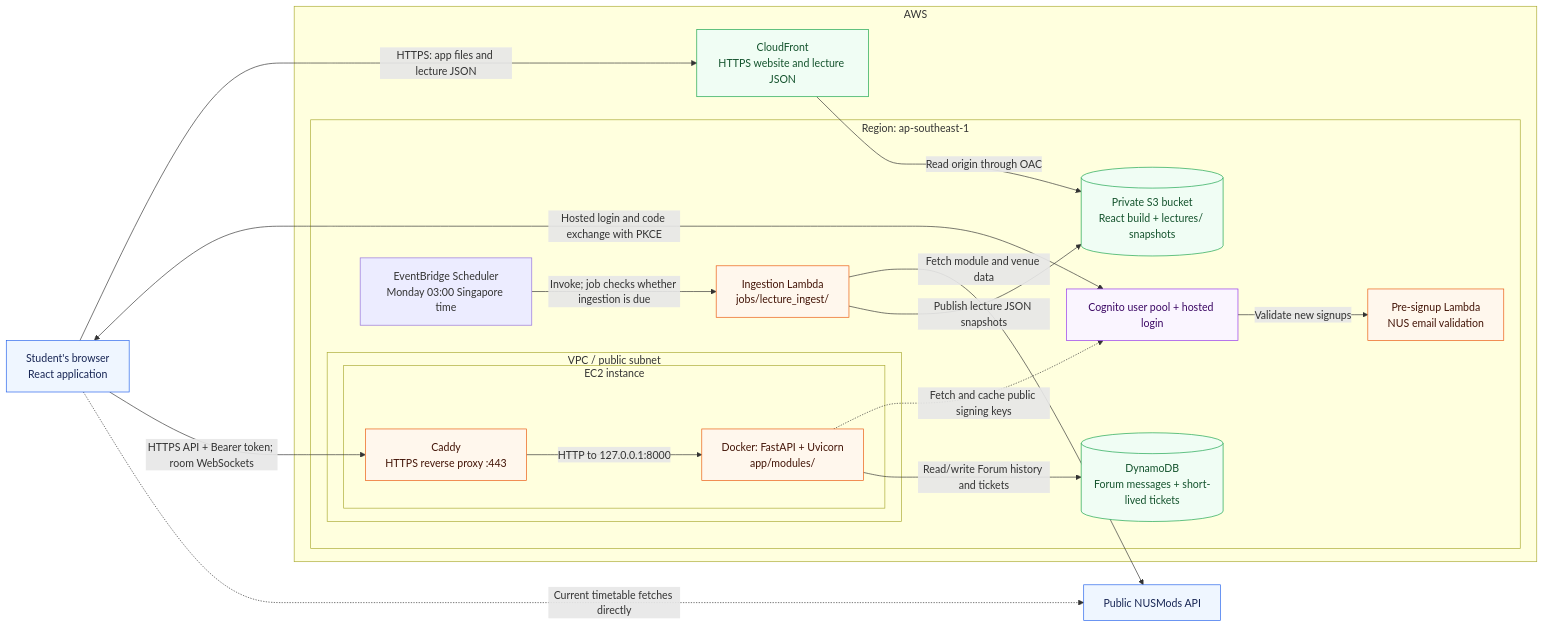
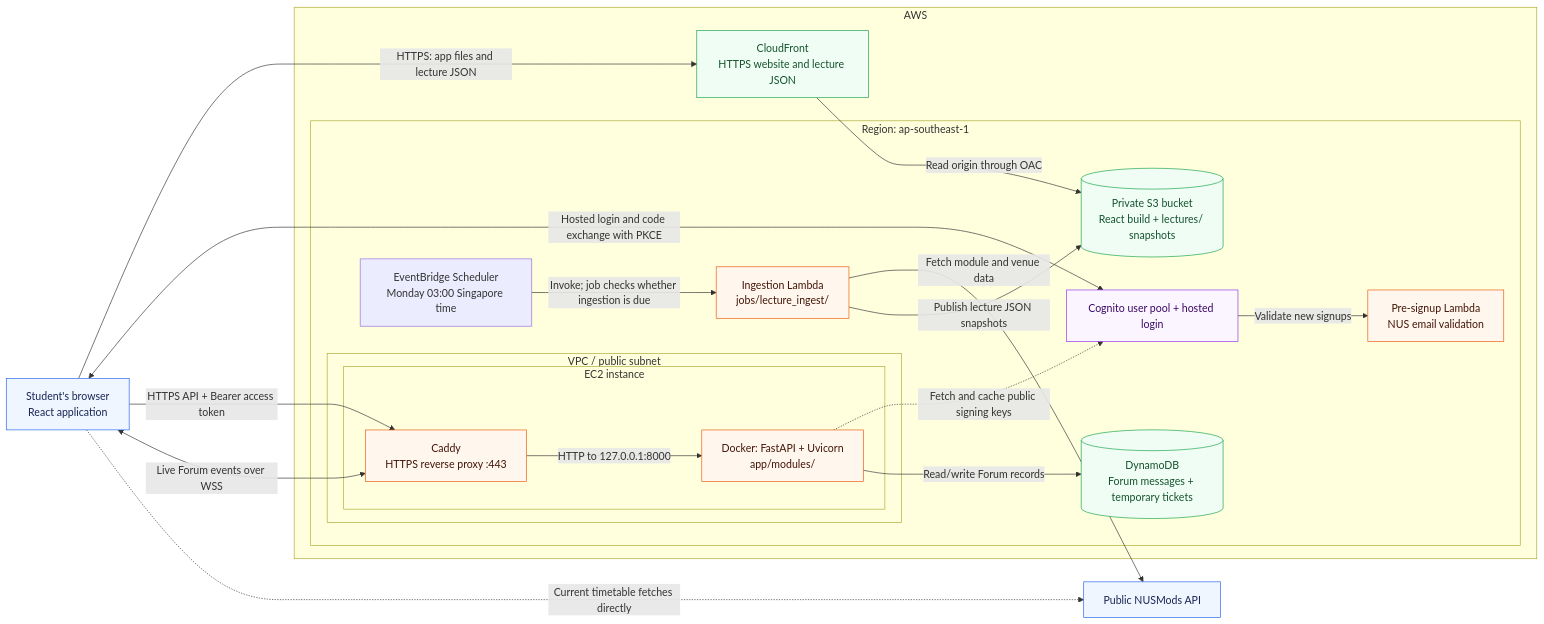
The diagram in docs/architecture.md (YangQF2002/CS5224-Lecture-Kaki), drawn with Mermaid before and after one commit. The commit also changed other lines of this file and 33 other files, not shown here.

````diff
--- a/docs/architecture.md
+++ b/docs/architecture.md
@@ -12,47 +14,48 @@
 ```mermaid
 flowchart LR
     browser["Student's browser<br/>React application"]
     nusmods["Public NUSMods API"]
 
     subgraph aws["AWS"]
         cloudfront["CloudFront<br/>HTTPS website and lecture JSON"]
 
         subgraph region["Region: ap-southeast-1"]
             bucket[("Private S3 bucket<br/>React build + lectures/ snapshots")]
+            forumdb[("DynamoDB<br/>Forum messages + temporary tickets")]
             cognito["Cognito user pool + hosted login"]
             signup["Pre-signup Lambda<br/>NUS email validation"]
             scheduler["EventBridge Scheduler<br/>Monday 03:00 Singapore time"]
             ingest["Ingestion Lambda<br/>jobs/lecture_ingest/"]
-            forum[("DynamoDB<br/>Forum messages + short-lived tickets")]
 
             subgraph network["VPC / public subnet"]
                 subgraph ec2["EC2 instance"]
                     proxy["Caddy<br/>HTTPS reverse proxy :443"]
                     api["Docker: FastAPI + Uvicorn<br/>app/modules/"]
                 end
             end
         end
     end
 
     browser -->|"HTTPS: app files and lecture JSON"| cloudfront
     cloudfront -->|"Read origin through OAC"| bucket
     browser <-->|"Hosted login and code exchange with PKCE"| cognito
     cognito -->|"Validate new signups"| signup
-    browser -->|"HTTPS API + Bearer token; room WebSockets"| proxy
+    browser -->|"HTTPS API + Bearer access token"| proxy
     proxy -->|"HTTP to 127.0.0.1:8000"| api
     api -.->|"Fetch and cache public signing keys"| cognito
-    api -->|"Read/write Forum history and tickets"| forum
+    browser <-->|"Live Forum events over WSS"| proxy
+    api -->|"Read/write Forum records"| forumdb
     browser -.->|"Current timetable fetches directly"| nusmods
     scheduler -->|"Invoke; job checks whether ingestion is due"| ingest
     ingest -->|"Fetch module and venue data"| nusmods
     ingest -->|"Publish lecture JSON snapshots"| bucket
 
     classDef client fill:#eff6ff,stroke:#2563eb,color:#172554
     classDef compute fill:#fff7ed,stroke:#ea580c,color:#431407
     classDef storage fill:#f0fdf4,stroke:#16a34a,color:#14532d
     classDef identity fill:#faf5ff,stroke:#9333ea,color:#3b0764
     class browser,nusmods client
     class proxy,api,ingest,signup compute
-    class bucket,cloudfront,forum storage
+    class bucket,cloudfront,forumdb storage
     class cognito identity
 ```
````
